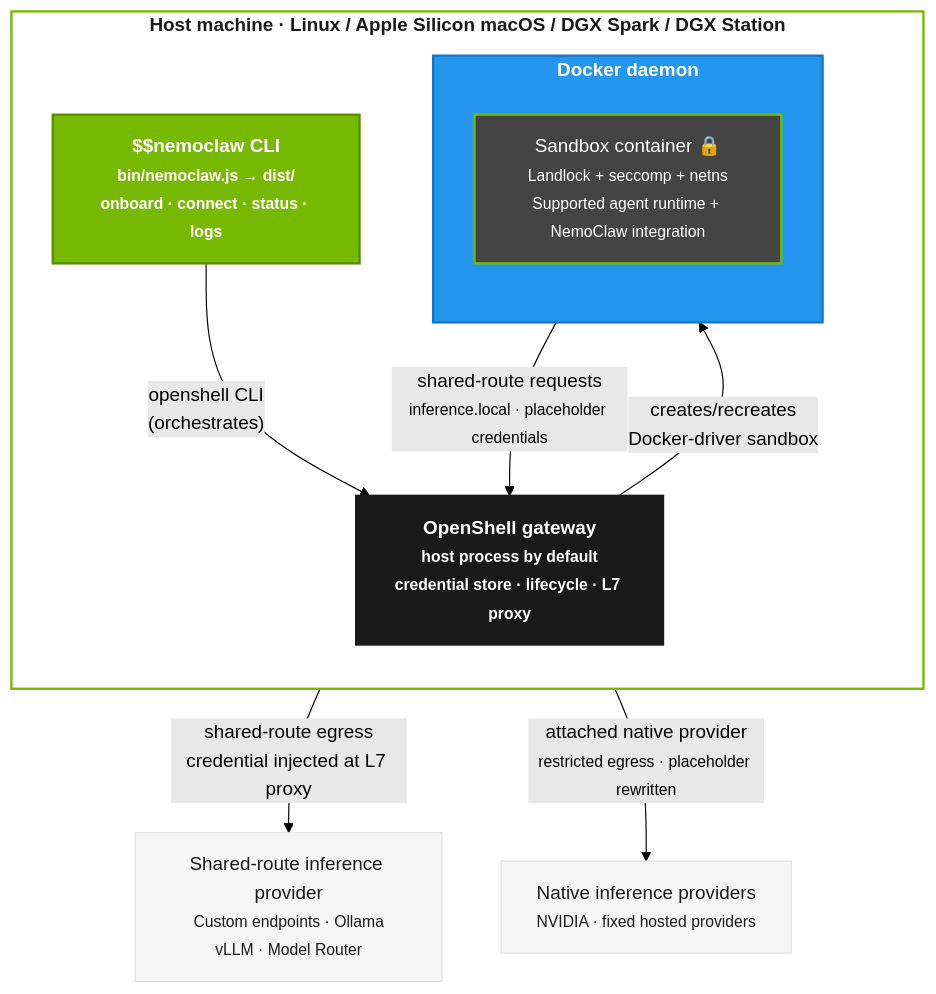
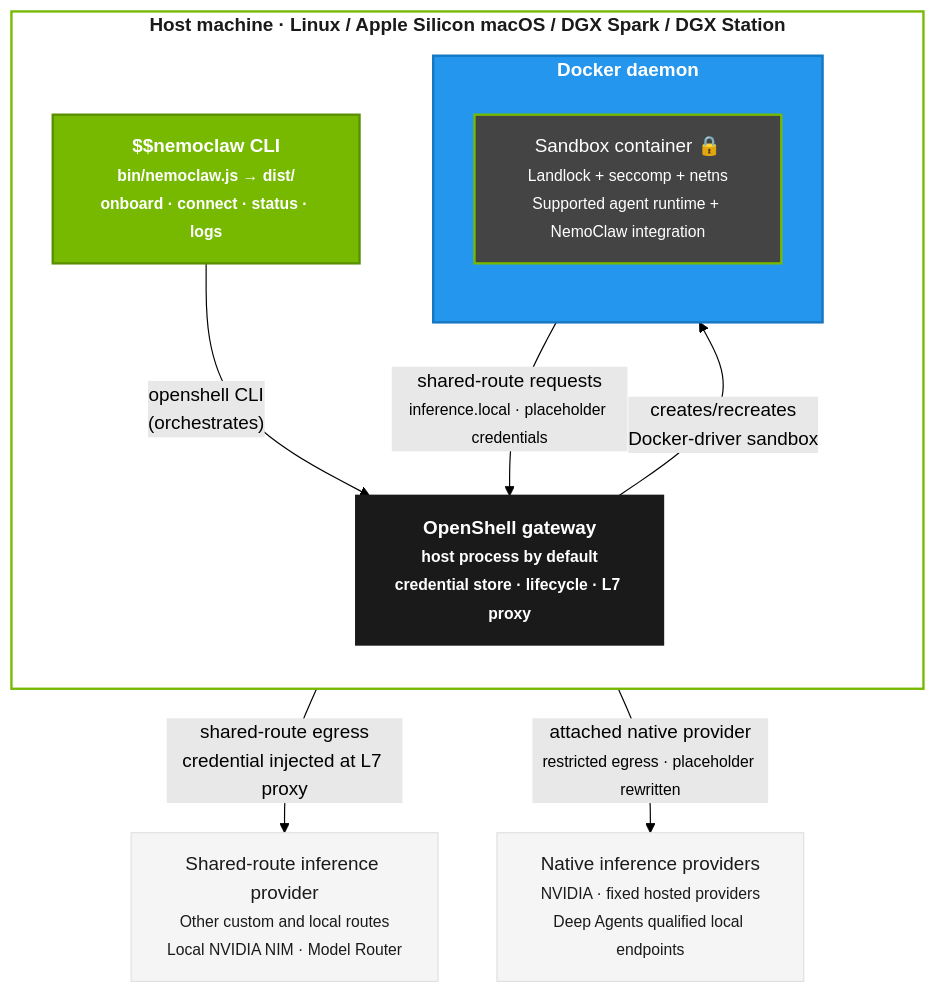
The second of 3 diagrams in docs/reference/architecture.mdx (NVIDIA/NemoClaw), drawn with Mermaid (forest theme) before and after one commit. The commit also changed other lines of this file and 8 other files, not shown here.

Commit message:
fix(inference): carry native local identity through finalization

````diff
--- a/docs/reference/architecture.mdx
+++ b/docs/reference/architecture.mdx
@@ -154,34 +154,34 @@
 ```mermaid
 graph TB
     classDef host fill:#fff,stroke:#76b900,stroke-width:2px,color:#1a1a1a,font-weight:bold
     classDef cli fill:#76b900,stroke:#5a8f00,color:#fff,stroke-width:2px,font-weight:bold
     classDef docker fill:#2496ed,stroke:#1577c2,color:#fff,stroke-width:2px,font-weight:bold
     classDef gateway fill:#1a1a1a,stroke:#1a1a1a,color:#fff,stroke-width:2px,font-weight:bold
     classDef sandbox fill:#444,stroke:#76b900,color:#fff,stroke-width:2px
     classDef external fill:#f5f5f5,stroke:#e0e0e0,color:#1a1a1a,stroke-width:1px
 
     subgraph HOST["Host machine · Linux / Apple Silicon macOS / DGX Spark / DGX Station"]
         direction TB
         CLI["$$nemoclaw CLI<br/><small>bin/nemoclaw.js → dist/<br/>onboard · connect · status · logs</small>"]:::cli
         GW["OpenShell gateway<br/><small>host process by default<br/>credential store · lifecycle · L7 proxy</small>"]:::gateway
 
         subgraph DOCKER["Docker daemon"]
             direction TB
             SANDBOX["Sandbox container 🔒<br/><small>Landlock + seccomp + netns<br/>Supported agent runtime + NemoClaw integration</small>"]:::sandbox
         end
     end
 
-    SHARED_INFER["Shared-route inference provider<br/><small>Custom endpoints · Ollama<br/>vLLM · Model Router</small>"]:::external
-    NVIDIA_INFER["Native inference providers<br/><small>NVIDIA · fixed hosted providers</small>"]:::external
+    SHARED_INFER["Shared-route inference provider<br/><small>Other custom and local routes<br/>Local NVIDIA NIM · Model Router</small>"]:::external
+    NVIDIA_INFER["Native inference providers<br/><small>NVIDIA · fixed hosted providers<br/>Deep Agents qualified local endpoints</small>"]:::external
 
     CLI -->|"openshell CLI<br/>(orchestrates)"| GW
     GW -->|"creates/recreates<br/>Docker-driver sandbox"| SANDBOX
     SANDBOX -->|"shared-route requests<br/><small>inference.local · placeholder credentials</small>"| GW
     GW -->|"shared-route egress<br/>credential injected at L7 proxy"| SHARED_INFER
     SANDBOX -->|"attached native provider<br/><small>restricted egress · placeholder rewritten</small>"| NVIDIA_INFER
 
     class HOST host
     class DOCKER docker
     class GW gateway
     class SANDBOX sandbox
 ```
````
